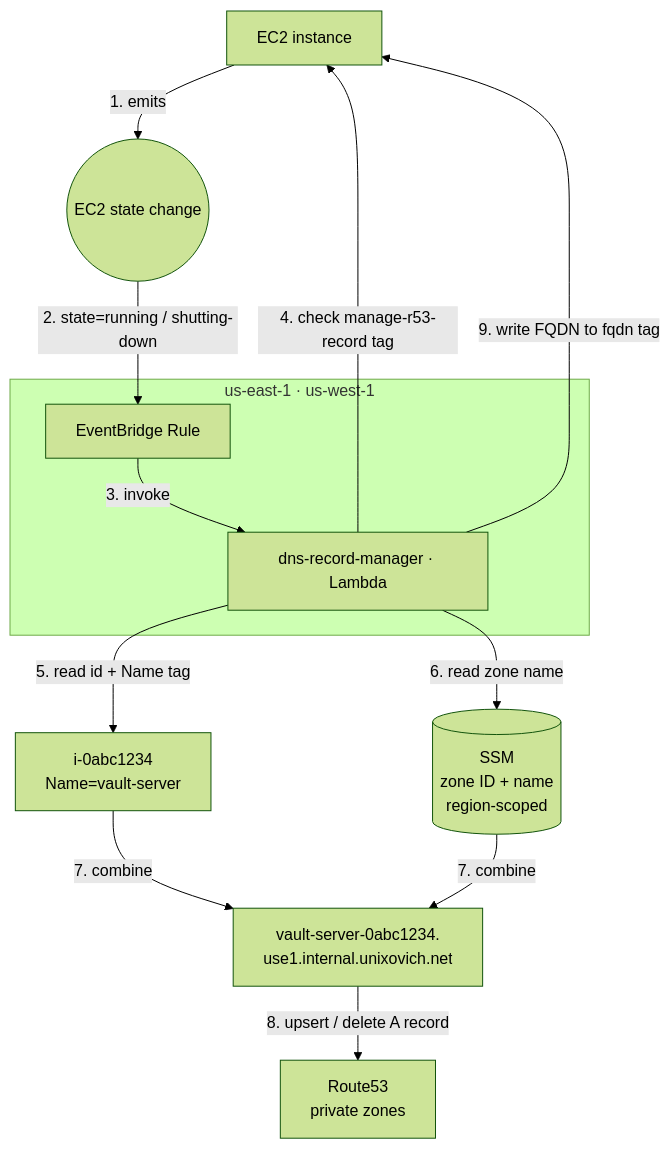
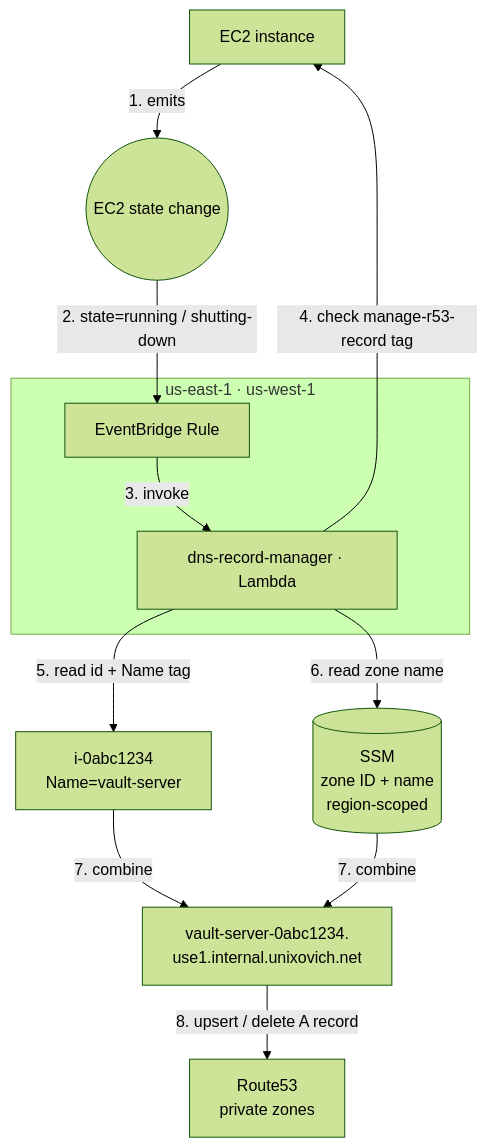
The fifth of 7 diagrams in aws-infra/README.md (sleonov/iac), drawn with Mermaid (forest theme) before and after one commit. The commit also changed other lines of this file and 4 other files, not shown here.

First line of the commit message:
Simplify DNS automation: remove fqdn tag, reconstruct FQDN on shutdown

````diff
--- a/aws-infra/README.md
+++ b/aws-infra/README.md
@@ -726,26 +724,25 @@
 ```mermaid
 graph TD
     INST[EC2 instance]
     EVENT((EC2 state change))
 
     subgraph region["us-east-1 · us-west-1"]
         EB[EventBridge Rule]
         L["dns-record-manager · Lambda"]
     end
 
     SSM[("SSM\nzone ID + name\nregion-scoped")]
     R53["Route53\nprivate zones"]
 
     ID["i-0abc1234\nName=vault-server"]
     REC["vault-server-0abc1234.\nuse1.internal.unixovich.net"]
 
     INST -->|"1. emits"| EVENT
     EVENT -->|"2. state=running / shutting-down"| EB
     EB -->|"3. invoke"| L
     L -->|"4. check manage-r53-record tag"| INST
     L -->|"5. read id + Name tag"| ID
     L -->|"6. read zone name"| SSM
     ID & SSM -->|"7. combine"| REC
     REC -->|"8. upsert / delete A record"| R53
-    L -->|"9. write FQDN to fqdn tag"| INST
 ```
````
